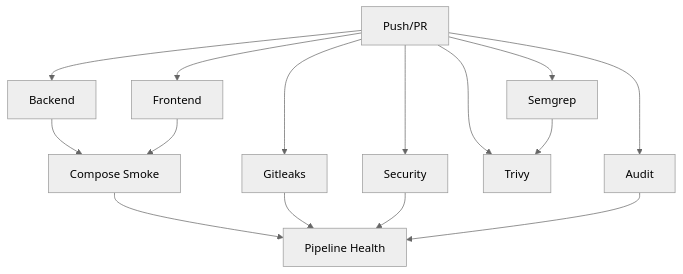
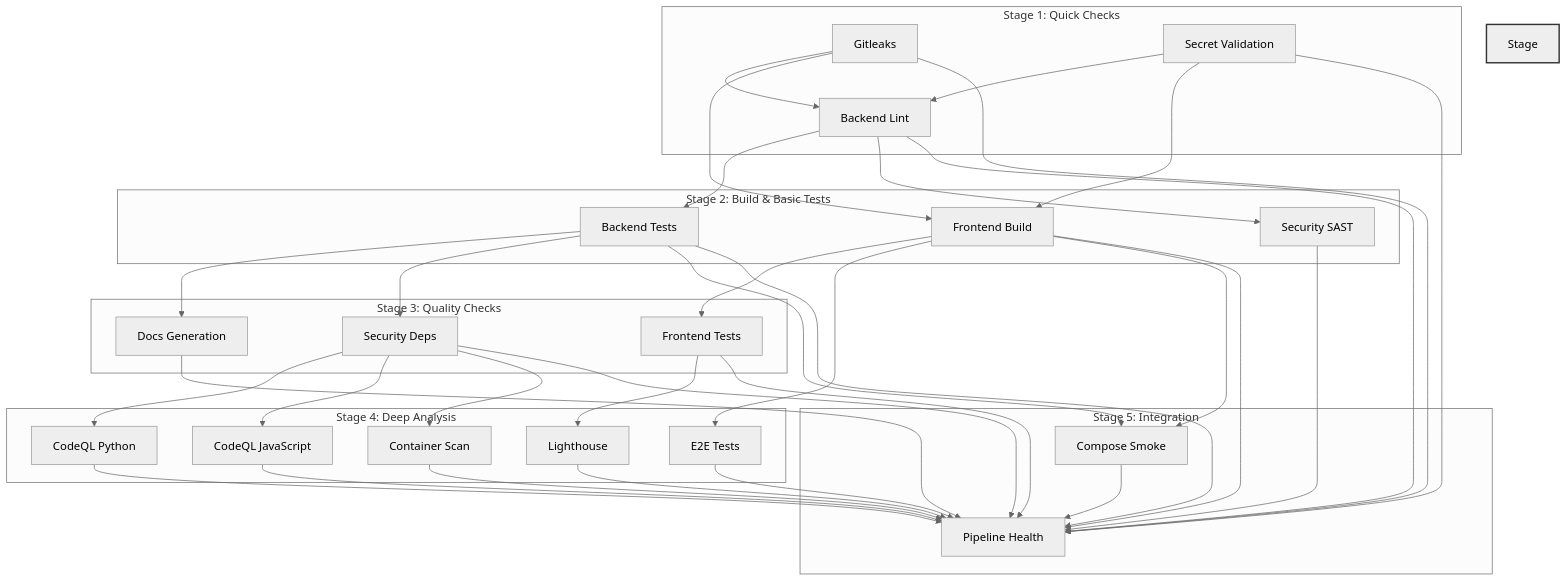
Before and after one commit to kleink1995/ai-real-estate-assistant: the diagram in docs/guides/ci-cd.md, drawn with Mermaid (neutral theme). The commit also changed other lines of this file and 1 other file, not shown here.

First line of the commit message:
docs(ci): update CI/CD documentation for sequential pipeline

````diff
--- a/docs/guides/ci-cd.md
+++ b/docs/guides/ci-cd.md
@@ -35,19 +47,50 @@
 ```mermaid
 graph TD
-    A[Push/PR] --> B[Gitleaks]
-    A --> C[Backend]
-    A --> D[Frontend]
-    A --> E[Security]
-    A --> F[Audit]
-    A --> G[Semgrep]
-    A --> H[Trivy]
+    subgraph "Stage 1: Quick Checks"
+        A[Gitleaks] --> D[Backend Lint]
+        B[Secret Validation] --> D
+    end
 
-    C --> I[Compose Smoke]
-    D --> I
+    subgraph "Stage 2: Build & Basic Tests"
+        D --> E[Backend Tests]
+        D --> F[Security SAST]
+        A --> G[Frontend Build]
+        B --> G
+    end
 
-    I --> J[Pipeline Health]
-    B --> J
-    E --> J
-    F --> J
-    G --> H
+    subgraph "Stage 3: Quality Checks"
+        E --> H[Docs Generation]
+        E --> I[Security Deps]
+        G --> J[Frontend Tests]
+    end
+
+    subgraph "Stage 4: Deep Analysis"
+        I --> K[CodeQL Python]
+        I --> L[CodeQL JavaScript]
+        I --> M[Container Scan]
+        J --> N[Lighthouse]
+        G --> O[E2E Tests]
+    end
+
+    subgraph "Stage 5: Integration"
+        E --> P[Compose Smoke]
+        G --> P
+        A --> Q[Pipeline Health]
+        B --> Q
+        D --> Q
+        E --> Q
+        F --> Q
+        G --> Q
+        H --> Q
+        I --> Q
+        J --> Q
+        K --> Q
+        L --> Q
+        M --> Q
+        N --> Q
+        O --> Q
+        P --> Q
+    end
+
+    style Stage 4 fill:#f9f,stroke:#333,stroke-width:2px
 ```
````
